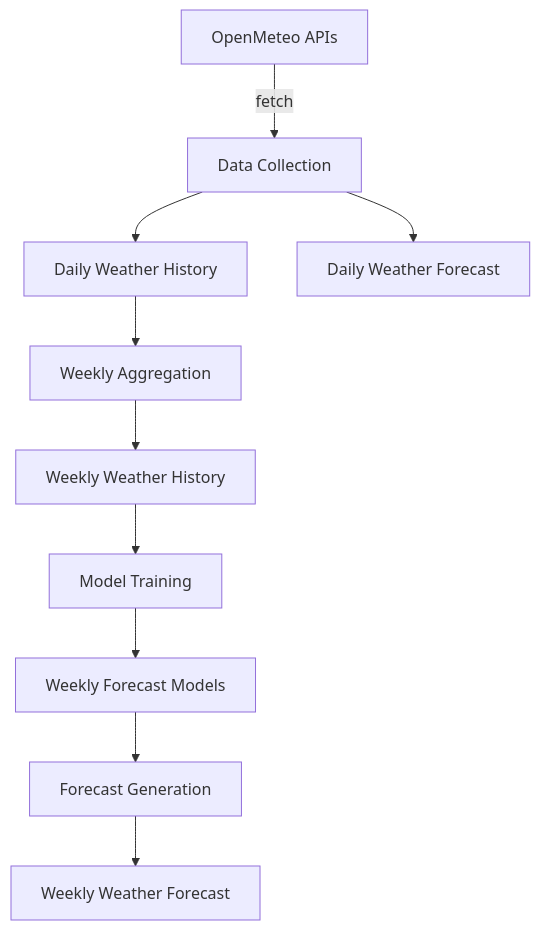
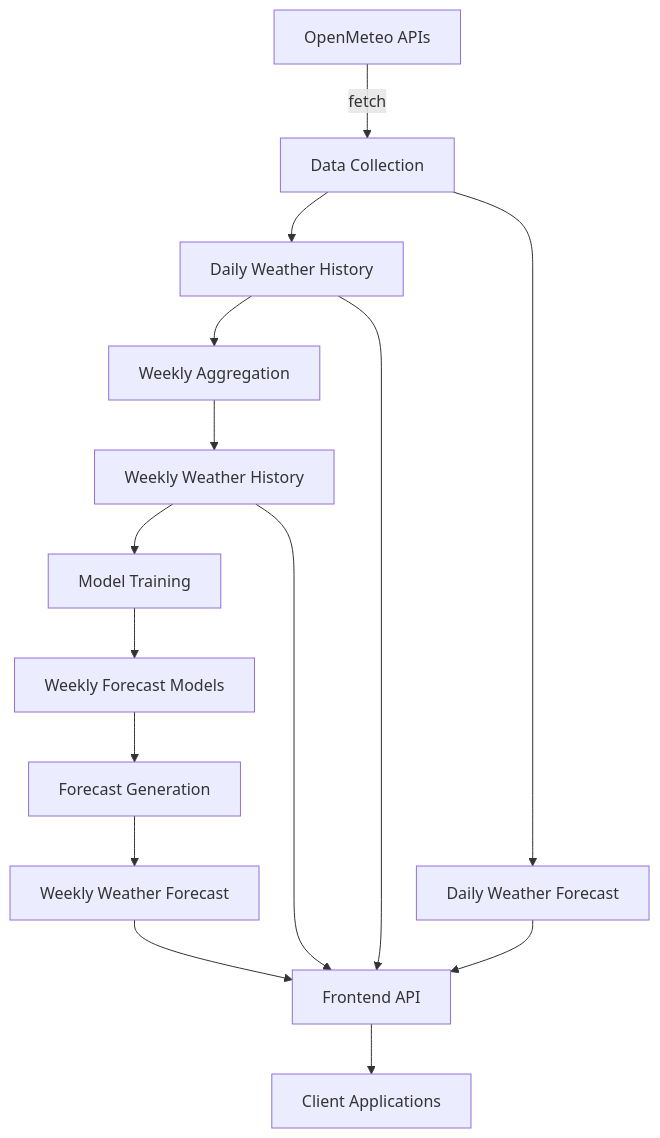
The diagram in README.md (Cloud-Native-Projekt/weather-service), drawn with Mermaid before and after one commit. The commit also changed other lines of this file and 13 other files, not shown here.

````diff
--- a/README.md
+++ b/README.md
@@ -121,12 +83,17 @@
 ```mermaid
 graph TD
     A[OpenMeteo APIs] -->|fetch| B[Data Collection]
     B --> C[Daily Weather History]
     B --> D[Daily Weather Forecast]
     C --> E[Weekly Aggregation]
     E --> F[Weekly Weather History]
     F --> G[Model Training]
     G --> H[Weekly Forecast Models]
     H --> I[Forecast Generation]
     I --> J[Weekly Weather Forecast]
+    C --> K[Frontend API]
+    D --> K
+    F --> K
+    J --> K
+    K --> L[Client Applications]
 ```
````
